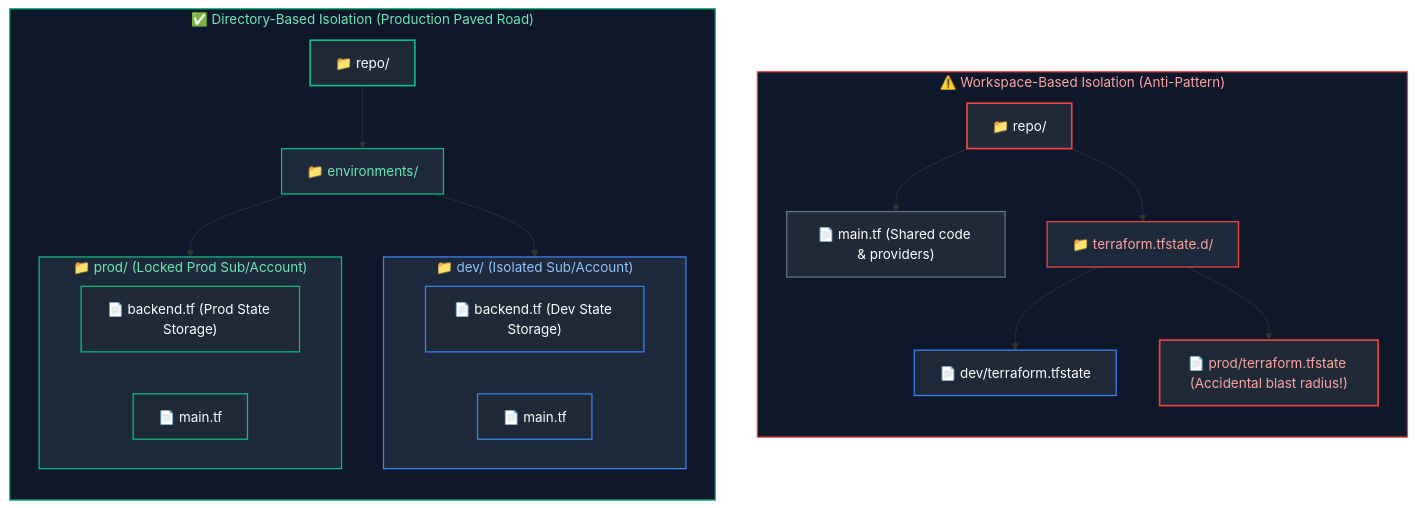
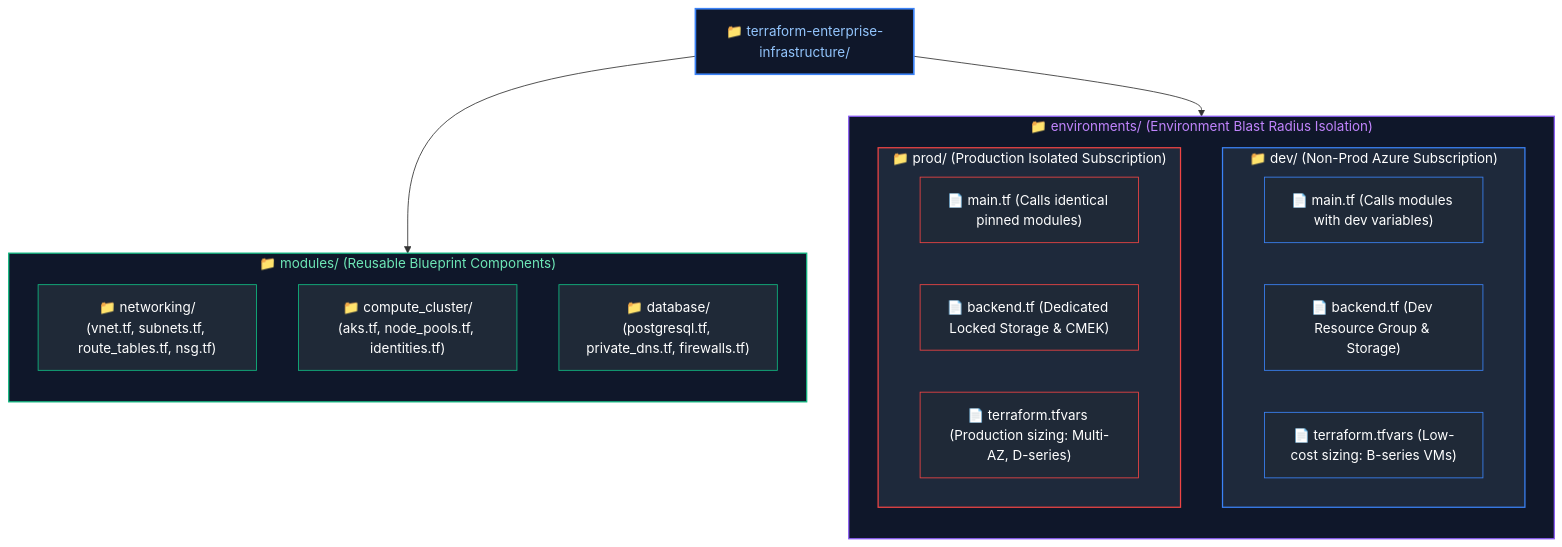
Before and after one commit to joydeep-biswas/Interview-Preparation: the fifth of 5 diagrams in Cloud Engineering/06_infrastructure_as_code_and_configuration_management.md, drawn with Mermaid. The commit also changed other lines of this file and 143 other files, not shown here.

````diff
--- a/Cloud Engineering/06_infrastructure_as_code_and_configuration_management.md
+++ b/Cloud Engineering/06_infrastructure_as_code_and_configuration_management.md
@@ -330,53 +459,43 @@
 ```mermaid
 flowchart TD
-    subgraph Workspaces ["⚠️ Workspace-Based Isolation (Anti-Pattern)"]
+    Root["📁 terraform-enterprise-infrastructure/"]
+    
+    subgraph ModulesBranch ["📁 modules/ (Reusable Blueprint Components)"]
         direction TB
-        W_Repo["📁 repo/"]
-        W_Main["📄 main.tf (Shared code & providers)"]
-        W_State["📁 terraform.tfstate.d/"]
-        W_DevState["📄 dev/terraform.tfstate"]
-        W_ProdState["📄 prod/terraform.tfstate (Accidental blast radius!)"]
-
-        W_Repo --> W_Main
-        W_Repo --> W_State
-        W_State --> W_DevState
-        W_State --> W_ProdState
+        M_Net["📁 networking/<br/>(vnet.tf, subnets.tf, route_tables.tf, nsg.tf)"]
+        M_Compute["📁 compute_cluster/<br/>(aks.tf, node_pools.tf, identities.tf)"]
+        M_DB["📁 database/<br/>(postgresql.tf, private_dns.tf, firewalls.tf)"]
     end
 
-    subgraph Directory ["✅ Directory-Based Isolation (Production Paved Road)"]
+    subgraph EnvsBranch ["📁 environments/ (Environment Blast Radius Isolation)"]
         direction TB
-        D_Repo["📁 repo/"]
-        D_Envs["📁 environments/"]
-        
-        subgraph DevEnv ["📁 dev/ (Isolated Sub/Account)"]
-            D_DevBack["📄 backend.tf (Dev State Storage)"]
-            D_DevMain["📄 main.tf"]
+        subgraph DevEnv ["📁 dev/ (Non-Prod Azure Subscription)"]
+            D_Main["📄 main.tf (Calls modules with dev variables)"]
+            D_Backend["📄 backend.tf (Dev Resource Group & Storage)"]
+            D_Vars["📄 terraform.tfvars (Low-cost sizing: B-series VMs)"]
         end
-        
-        subgraph ProdEnv ["📁 prod/ (Locked Prod Sub/Account)"]
-            D_ProdBack["📄 backend.tf (Prod State Storage)"]
-            D_ProdMain["📄 main.tf"]
+        subgraph ProdEnv ["📁 prod/ (Production Isolated Subscription)"]
+            P_Main["📄 main.tf (Calls identical pinned modules)"]
+            P_Backend["📄 backend.tf (Dedicated Locked Storage & CMEK)"]
+            P_Vars["📄 terraform.tfvars (Production sizing: Multi-AZ, D-series)"]
         end
-
-        D_Repo --> D_Envs
-        D_Envs --> DevEnv
-        D_Envs --> ProdEnv
     end
 
-    style Workspaces fill:#0f172a,stroke:#ef4444,stroke-width:1.5px,color:#fca5a5
-    style W_Repo fill:#1f2937,stroke:#ef4444,stroke-width:2px,color:#fff
-    style W_Main fill:#1f2937,stroke:#64748b,stroke-width:1.5px,color:#fff
-    style W_State fill:#1e293b,stroke:#ef4444,stroke-width:1.5px,color:#fca5a5
-    style W_DevState fill:#1f2937,stroke:#3b82f6,stroke-width:1.5px,color:#fff
-    style W_ProdState fill:#1f2937,stroke:#ef4444,stroke-width:2px,color:#fca5a5
+    Root --> ModulesBranch
+    Root --> EnvsBranch
 
-    style Directory fill:#0f172a,stroke:#10b981,stroke-width:1.5px,color:#6ee7b7
-    style D_Repo fill:#1f2937,stroke:#10b981,stroke-width:2px,color:#fff
-    style D_Envs fill:#1e293b,stroke:#10b981,stroke-width:1.5px,color:#6ee7b7
-    style DevEnv fill:#1e293b,stroke:#3b82f6,stroke-width:1.5px,color:#93c5fd
-    style ProdEnv fill:#1e293b,stroke:#10b981,stroke-width:1.5px,color:#6ee7b7
-    style D_DevBack fill:#1f2937,stroke:#3b82f6,stroke-width:1.5px,color:#fff
-    style D_DevMain fill:#1f2937,stroke:#3b82f6,stroke-width:1.5px,color:#fff
-    style D_ProdBack fill:#1f2937,stroke:#10b981,stroke-width:1.5px,color:#fff
-    style D_ProdMain fill:#1f2937,stroke:#10b981,stroke-width:1.5px,color:#fff
+    style Root fill:#0f172a,stroke:#3b82f6,stroke-width:2px,color:#93c5fd
+    style ModulesBranch fill:#0f172a,stroke:#10b981,stroke-width:1.5px,color:#6ee7b7
+    style EnvsBranch fill:#0f172a,stroke:#8b5cf6,stroke-width:1.5px,color:#c084fc
+    style DevEnv fill:#1e293b,stroke:#3b82f6,stroke-width:1.5px,color:#fff
+    style ProdEnv fill:#1e293b,stroke:#ef4444,stroke-width:1.5px,color:#fff
+    style M_Net fill:#1f2937,stroke:#10b981,stroke-width:1px,color:#fff
+    style M_Compute fill:#1f2937,stroke:#10b981,stroke-width:1px,color:#fff
+    style M_DB fill:#1f2937,stroke:#10b981,stroke-width:1px,color:#fff
+    style D_Main fill:#1f2937,stroke:#3b82f6,stroke-width:1px,color:#fff
+    style D_Backend fill:#1f2937,stroke:#3b82f6,stroke-width:1px,color:#fff
+    style D_Vars fill:#1f2937,stroke:#3b82f6,stroke-width:1px,color:#fff
+    style P_Main fill:#1f2937,stroke:#ef4444,stroke-width:1px,color:#fff
+    style P_Backend fill:#1f2937,stroke:#ef4444,stroke-width:1px,color:#fff
+    style P_Vars fill:#1f2937,stroke:#ef4444,stroke-width:1px,color:#fff
 ```
````
